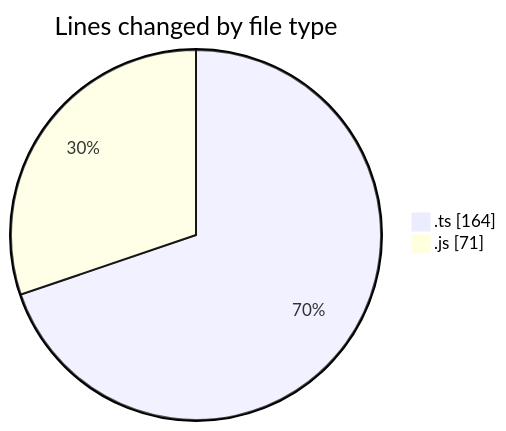
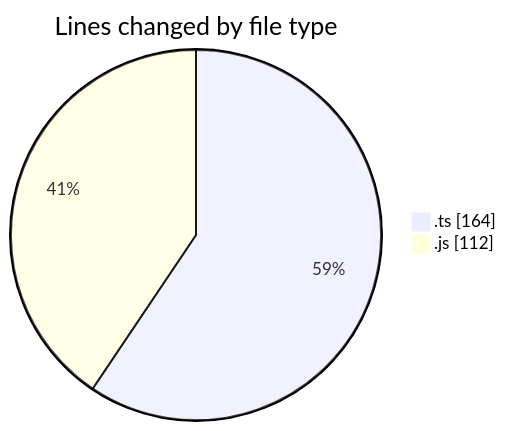
Before and after one commit to momahboobian/code-tracking: the first of 2 diagrams in 2025-03-12/cda/README.md, drawn with Mermaid. The commit also changed other lines of this file and 1 other file, not shown here.

````diff
--- a/2025-03-12/cda/README.md
+++ b/2025-03-12/cda/README.md
@@ -23,6 +23,6 @@
 ```mermaid
 pie showData
 title Lines changed by file type
 ".ts" : 164
-".js" : 71
+".js" : 112
 ```
````
